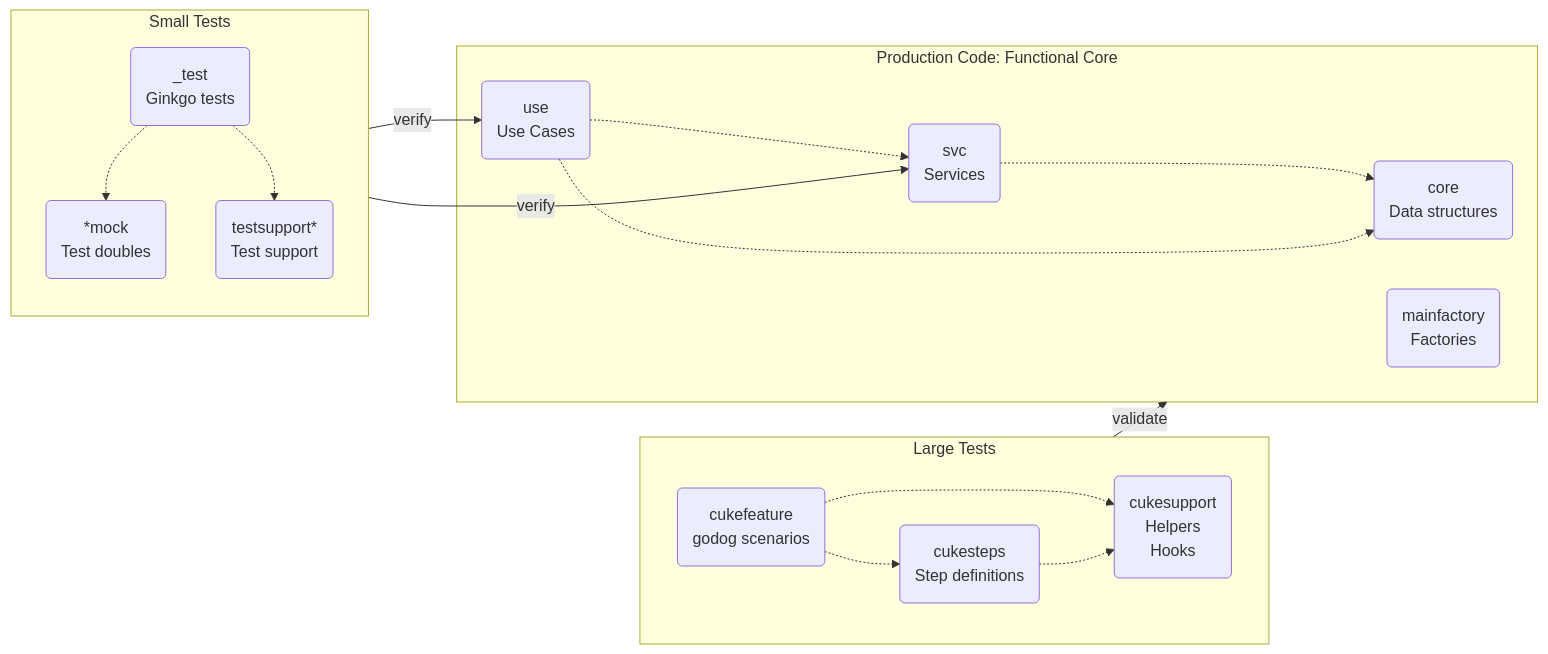
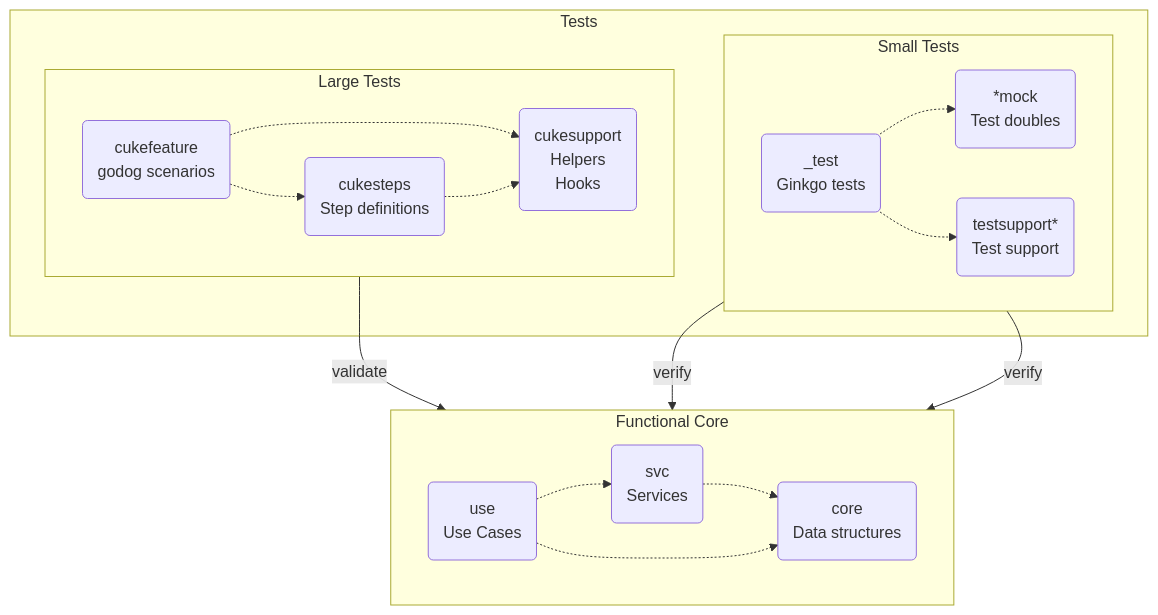
The second of 3 diagrams in doc/decisions.md (kkrull/marmot), drawn with Mermaid before and after one commit.

Commit message:
Organize diagram test code

````diff
--- a/doc/decisions.md
+++ b/doc/decisions.md
@@ -230,44 +230,41 @@
 ```mermaid
-graph LR
+graph TB
 
-%% Production code: Core and dependencies
-
-subgraph MarmotCore [Production Code: Functional Core]
+subgraph MarmotCore [Functional Core]
+  direction LR
   core(core<br/>Data structures)
-  mainfactory(mainfactory<br/>Factories)
   svc(svc<br/>Services)
   use(use<br/>Use Cases)
+
+  svc -.-> core
+  use -.-> core
+  use -.-> svc
 end
 
-svc -.-> core
-use -.-> core
-use -.-> svc
+subgraph Tests
+  subgraph SmallTests [Small Tests]
+    direction LR
+    ginkgotests(_test<br/>Ginkgo tests)
+    ginkgomocks(*mock<br/>Test doubles)
+    ginkgosupport(testsupport*<br/>Test support)
 
-%% Tests
+    ginkgotests -.-> ginkgomocks
+    ginkgotests -.-> ginkgosupport
+  end
 
-subgraph SmallTests [Small Tests]
-  direction TB
-  ginkgotests(_test<br/>Ginkgo tests)
-  ginkgomocks(*mock<br/>Test doubles)
-  ginkgosupport(testsupport*<br/>Test support)
+  subgraph LargeTests [Large Tests]
+    direction LR
+    godogfeatures(cukefeature<br/>godog scenarios)
+    godogsteps(cukesteps<br/>Step definitions)
+    godogsupport(cukesupport<br/>Helpers<br/>Hooks)
 
-  ginkgotests -.-> ginkgomocks
-  ginkgotests -.-> ginkgosupport
-end
-
-SmallTests -->|verify| svc
-SmallTests -->|verify| use
-
-subgraph LargeTests [Large Tests]
-  direction LR
-  godogfeatures(cukefeature<br/>godog scenarios)
-  godogsteps(cukesteps<br/>Step definitions)
-  godogsupport(cukesupport<br/>Helpers<br/>Hooks)
-
-  godogfeatures -.-> godogsupport
-  godogfeatures -.-> godogsteps
-  godogsteps -.-> godogsupport
+    godogfeatures -.-> godogsupport
+    godogfeatures -.-> godogsteps
+    godogsteps -.-> godogsupport
+  end
 end
 
 LargeTests -->|validate| MarmotCore
+SmallTests -->|verify| svc
+SmallTests -->|verify| use
 ```
````
